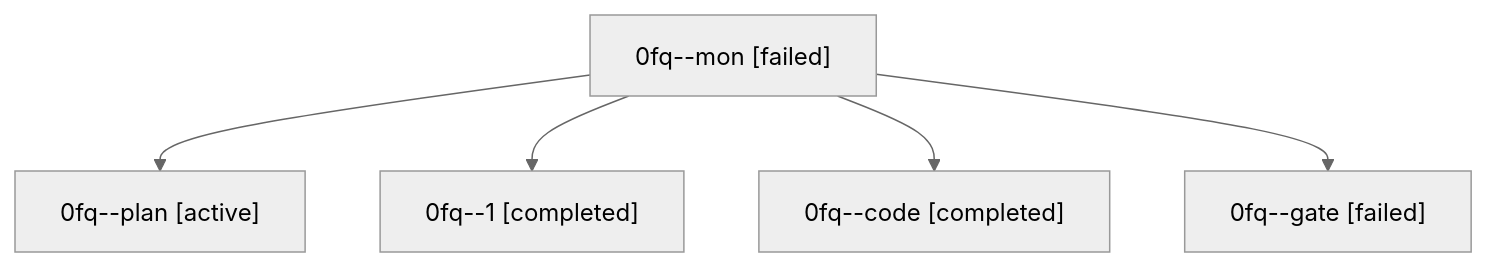
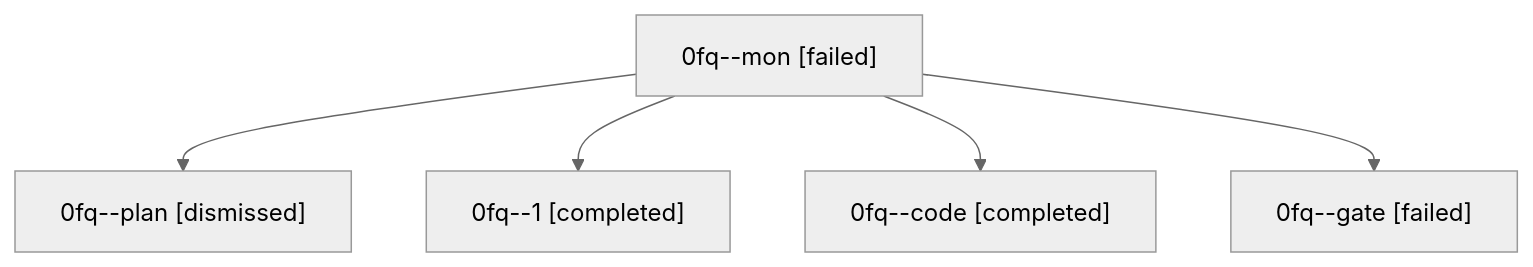
Before and after one commit to sase-org/sase--agents: the diagram in sessions/bbugyi200.athena.0fq.md, drawn with Mermaid (neutral theme). The commit also changed other lines of this file and 28 other files, not shown here.

````diff
--- a/sessions/bbugyi200.athena.0fq.md
+++ b/sessions/bbugyi200.athena.0fq.md
@@ -9,12 +9,12 @@
 ```mermaid
 flowchart TD
   n0["0fq--mon [failed]"]
-  n1["0fq--plan [active]"]
+  n1["0fq--plan [dismissed]"]
   n0 --> n1
   n2["0fq--1 [completed]"]
   n0 --> n2
   n3["0fq--code [completed]"]
   n0 --> n3
   n4["0fq--gate [failed]"]
   n0 --> n4
 ```
````
